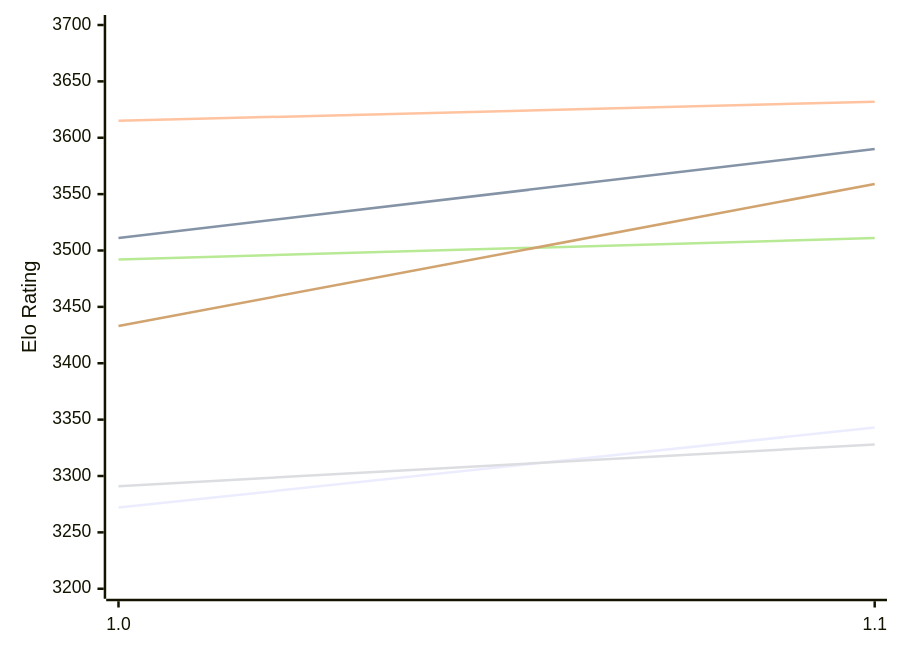
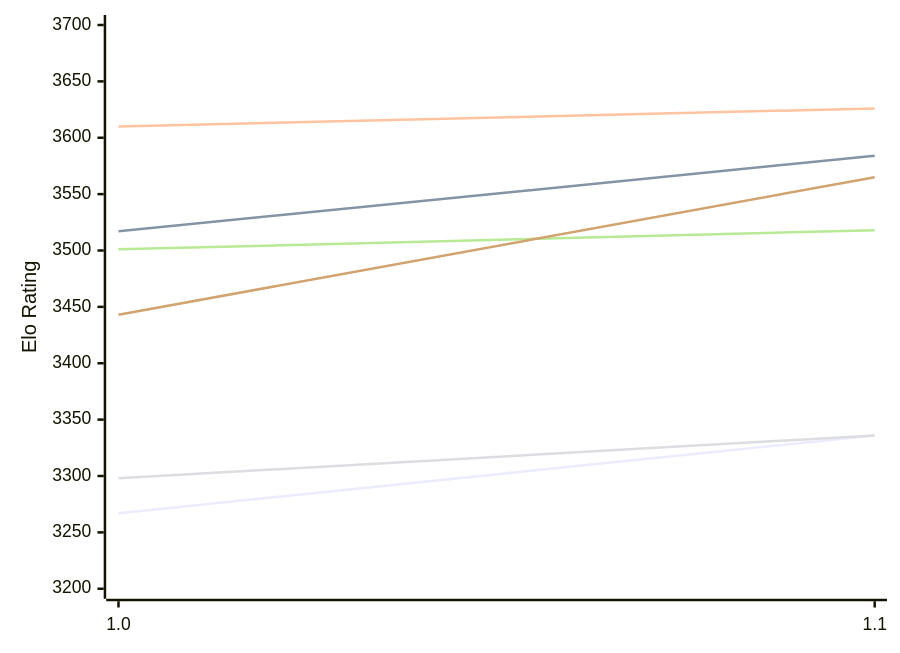
One commit to computer-chess-index/cci changed the first of 2 diagrams in engines/Horsie.md. Above: the diagram before and after it, drawn with Mermaid. The commit also changed other lines of this file, not shown here.

Commit message:
Update CCI Ratings (ELO VLTC) - 2026-11-18

````diff
--- a/engines/Horsie.md
+++ b/engines/Horsie.md
@@ -50,12 +50,12 @@
 ```mermaid
 %%{init: {"theme":"base","themeVariables":{"seriesColors:['#a3a3a3','#222221','#faa371']}}}%%
 xychart-beta
   x-axis ["1.0", "1.1"]
   y-axis "Elo Rating" 3200 --> 3700
-  line "E1: STC (8.0+0.08s)" [3272, 3343]
-  line "E1: LTC (60.0+0.60s)" [3511, 3590]
-  line "E1: VLTC (2m24s+1.12s)" [3615, 3632]
-  line "P1: STC (8.0+0.08s)" [3291, 3328]
-  line "P1: LTC (60.0+0.60s)" [3492, 3511]
-  line "P1: VLTC (2m24s+1.12s)" [3433, 3559]
+  line "E1: STC (8.0+0.08s)" [3267, 3336]
+  line "E1: LTC (60.0+0.60s)" [3517, 3584]
+  line "E1: VLTC (2m24s+1.12s)" [3610, 3626]
+  line "P1: STC (8.0+0.08s)" [3298, 3336]
+  line "P1: LTC (60.0+0.60s)" [3501, 3518]
+  line "P1: VLTC (2m24s+1.12s)" [3443, 3565]
 ```
````
